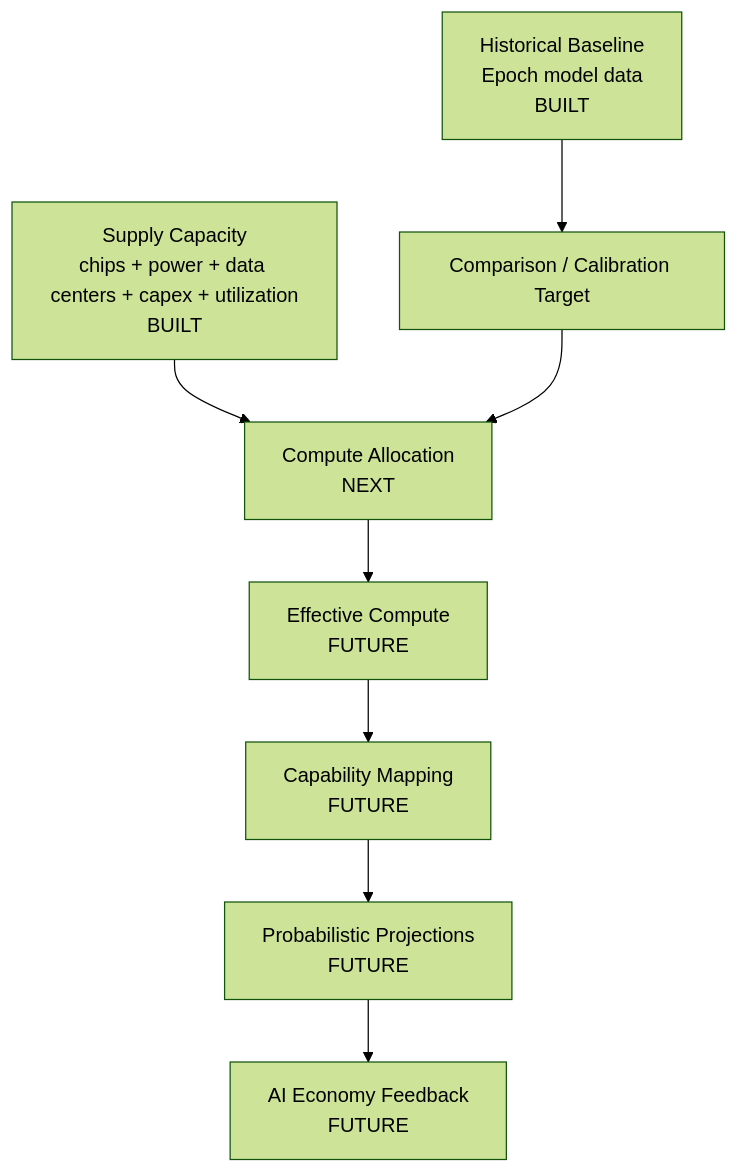
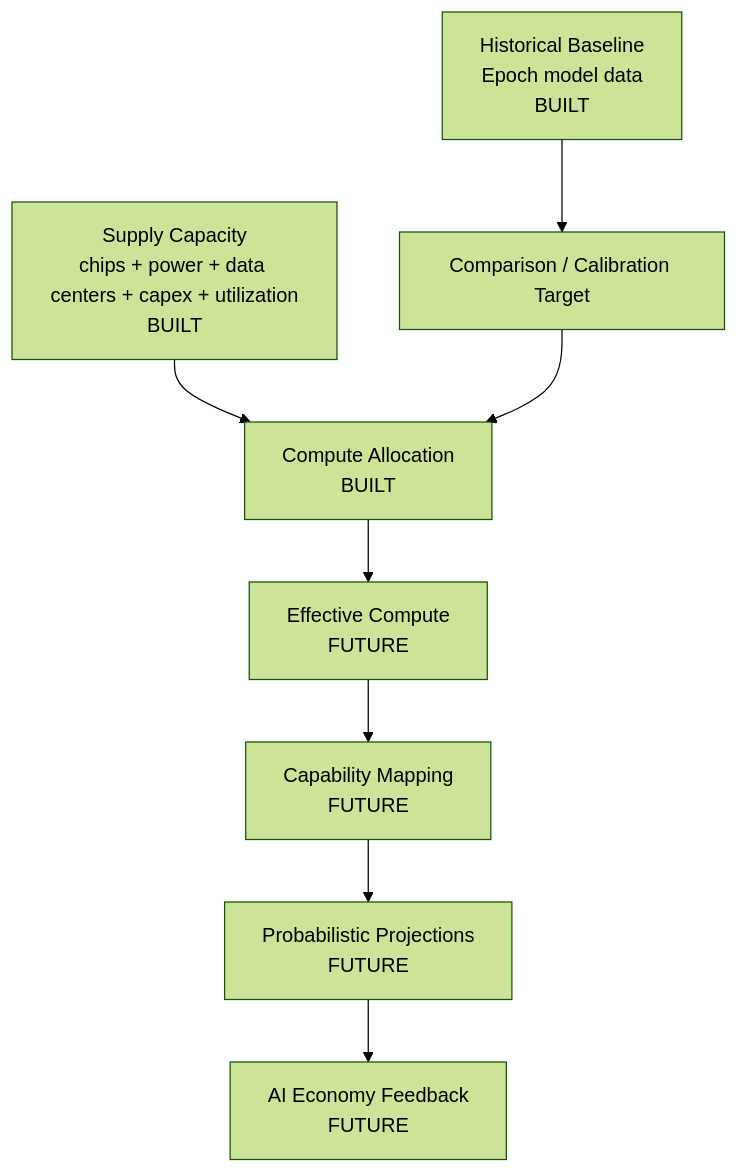
The first of 2 diagrams in docs/model_map.md (spiceoogway/ai-economy-timelines), drawn with Mermaid (forest theme) before and after one commit. The commit also changed other lines of this file and 8 other files, not shown here.

````diff
--- a/docs/model_map.md
+++ b/docs/model_map.md
@@ -8,10 +8,10 @@
 ```mermaid
 flowchart TD
     H[Historical Baseline<br/>Epoch model data<br/>BUILT] --> C[Comparison / Calibration Target]
-    S[Supply Capacity<br/>chips + power + data centers + capex + utilization<br/>BUILT] --> A[Compute Allocation<br/>NEXT]
+    S[Supply Capacity<br/>chips + power + data centers + capex + utilization<br/>BUILT] --> A[Compute Allocation<br/>BUILT]
     C --> A
     A --> E[Effective Compute<br/>FUTURE]
     E --> K[Capability Mapping<br/>FUTURE]
     K --> P[Probabilistic Projections<br/>FUTURE]
     P --> F[AI Economy Feedback<br/>FUTURE]
 ```
````
